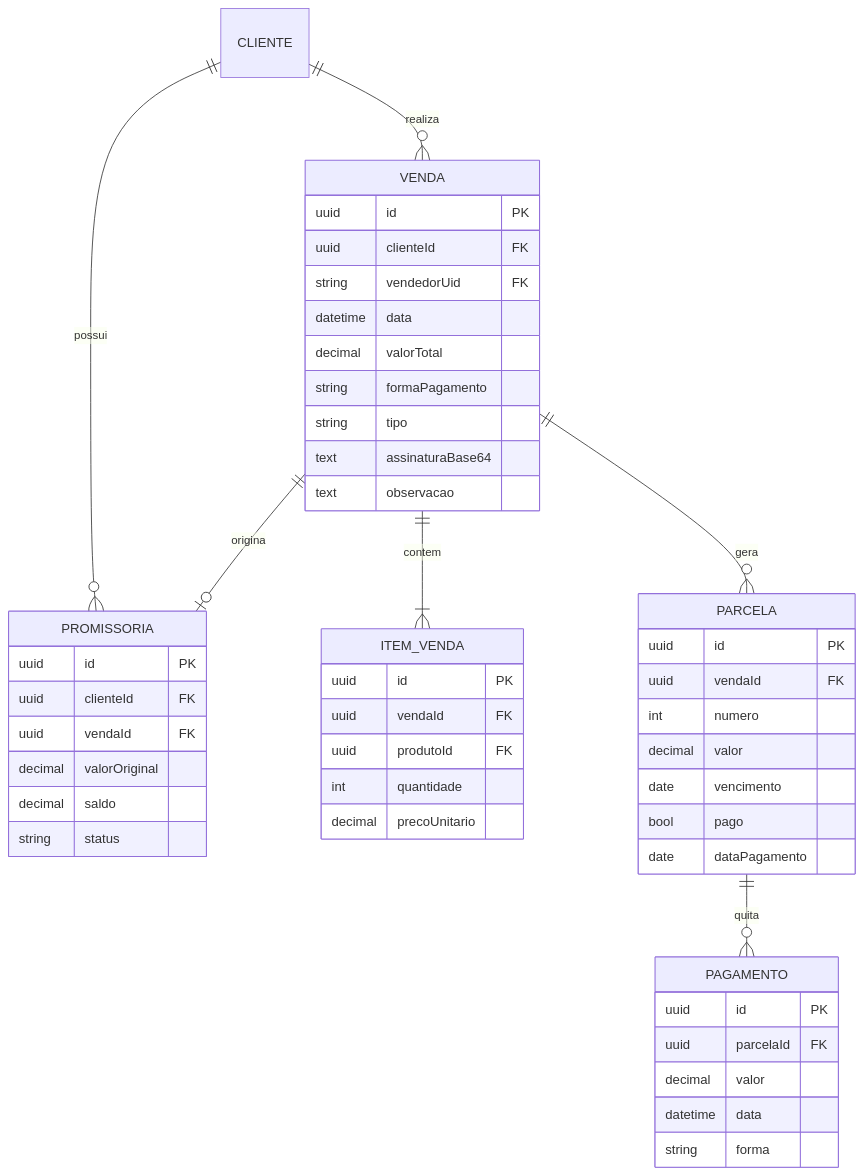
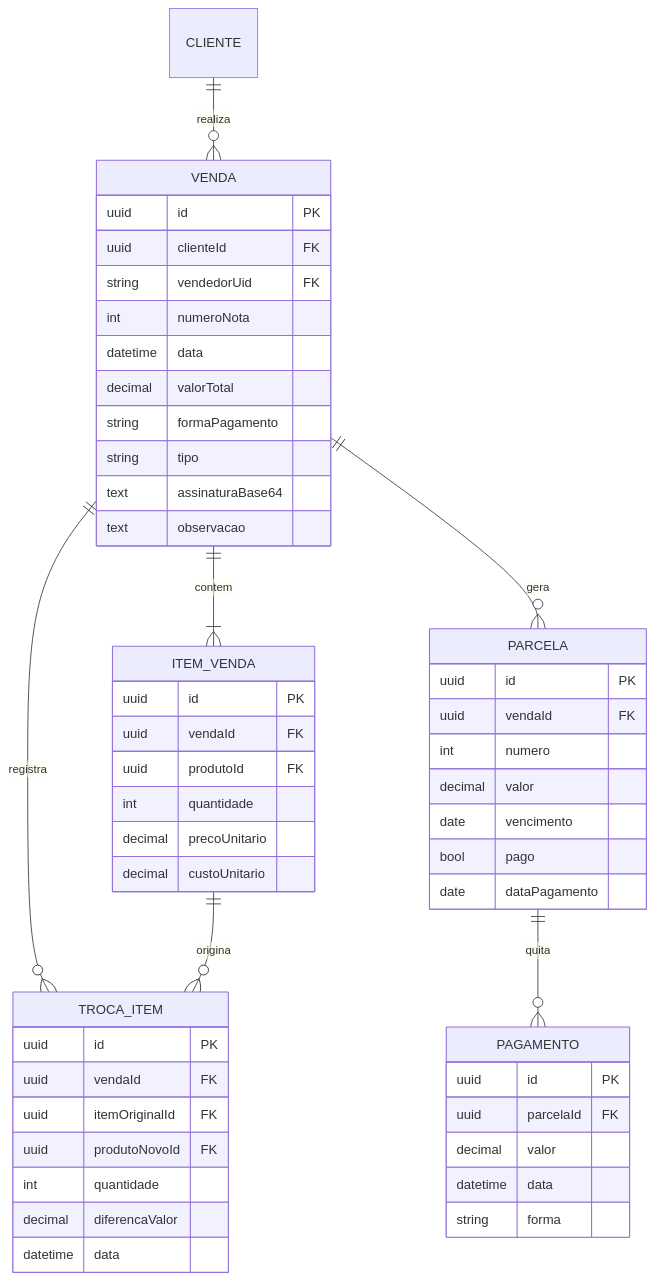
The third of 4 diagrams in docs/modelo-logico.md (ThiagoErik55/cesta_basica_lopez_mobile), drawn with Mermaid before and after one commit. The commit also changed other lines of this file, not shown here.

Commit message:
feat: update logical model to include TROCA_ITEM and new attributes for CLIENTE and VENDA

````diff
--- a/docs/modelo-logico.md
+++ b/docs/modelo-logico.md
@@ -166,52 +188,55 @@
 ```mermaid
 erDiagram
   CLIENTE ||--o{ VENDA : realiza
-  CLIENTE ||--o{ PROMISSORIA : possui
   VENDA ||--|{ ITEM_VENDA : contem
   VENDA ||--o{ PARCELA : gera
-  VENDA ||--o| PROMISSORIA : origina
+  VENDA ||--o{ TROCA_ITEM : registra
+  ITEM_VENDA ||--o{ TROCA_ITEM : origina
   PARCELA ||--o{ PAGAMENTO : quita
 
   VENDA {
     uuid id PK
     uuid clienteId FK
     string vendedorUid FK
+    int numeroNota
     datetime data
     decimal valorTotal
     string formaPagamento
     string tipo
     text assinaturaBase64
     text observacao
   }
   ITEM_VENDA {
     uuid id PK
     uuid vendaId FK
     uuid produtoId FK
     int quantidade
     decimal precoUnitario
+    decimal custoUnitario
+  }
+  TROCA_ITEM {
+    uuid id PK
+    uuid vendaId FK
+    uuid itemOriginalId FK
+    uuid produtoNovoId FK
+    int quantidade
+    decimal diferencaValor
+    datetime data
   }
   PARCELA {
     uuid id PK
     uuid vendaId FK
     int numero
     decimal valor
     date vencimento
     bool pago
     date dataPagamento
   }
   PAGAMENTO {
     uuid id PK
     uuid parcelaId FK
     decimal valor
     datetime data
     string forma
   }
-  PROMISSORIA {
-    uuid id PK
-    uuid clienteId FK
-    uuid vendaId FK
-    decimal valorOriginal
-    decimal saldo
-    string status
-  }
 ```
````
